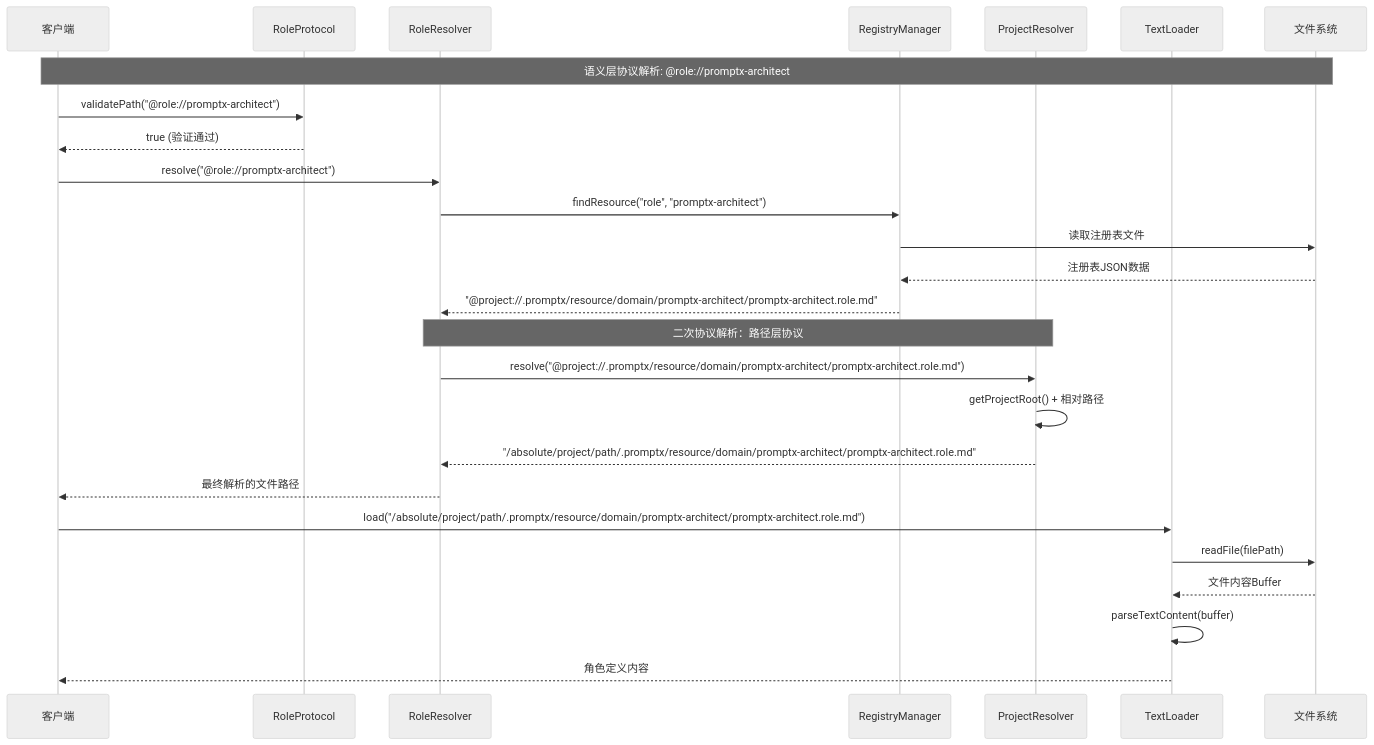
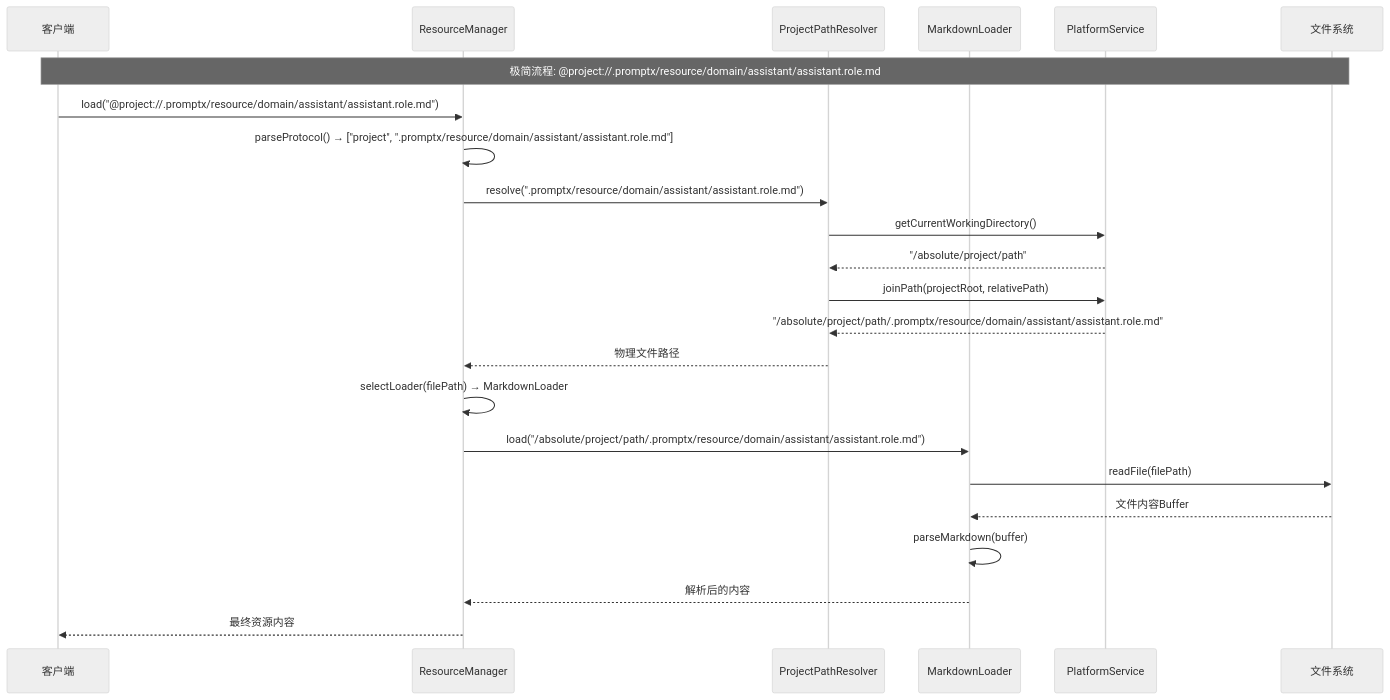
Before and after one commit to yuyuan-cs/PromptX: the second of 2 diagrams in docs/architecture/resource-protocol-system.md, drawn with Mermaid (neutral theme). The commit also changed other lines of this file, not shown here.

````diff
--- a/docs/architecture/resource-protocol-system.md
+++ b/docs/architecture/resource-protocol-system.md
@@ -346,33 +200,31 @@
 ```mermaid
 sequenceDiagram
     participant Client as 客户端
-    participant RP as RoleProtocol
-    participant RR as RoleResolver
-    participant RM as RegistryManager
-    participant PR as ProjectResolver
-    participant TL as TextLoader
+    participant RM as ResourceManager
+    participant PR as ProjectPathResolver
+    participant ML as MarkdownLoader
+    participant PS as PlatformService
     participant FS as 文件系统
     
-    Note over Client, FS: 语义层协议解析: @role://promptx-architect
+    Note over Client, FS: 极简流程: @project://.promptx/resource/domain/assistant/assistant.role.md
     
-    Client->>RP: validatePath("@role://promptx-architect")
-    RP-->>Client: true (验证通过)
+    Client->>RM: load("@project://.promptx/resource/domain/assistant/assistant.role.md")
     
-    Client->>RR: resolve("@role://promptx-architect")
-    RR->>RM: findResource("role", "promptx-architect")
-    RM->>FS: 读取注册表文件
-    FS-->>RM: 注册表JSON数据
-    RM-->>RR: "@project://.promptx/resource/domain/promptx-architect/promptx-architect.role.md"
+    RM->>RM: parseProtocol() → ["project", ".promptx/resource/domain/assistant/assistant.role.md"]
     
-    Note over RR, PR: 二次协议解析：路径层协议
-    RR->>PR: resolve("@project://.promptx/resource/domain/promptx-architect/promptx-architect.role.md")
-    PR->>PR: getProjectRoot() + 相对路径
-    PR-->>RR: "/absolute/project/path/.promptx/resource/domain/promptx-architect/promptx-architect.role.md"
-    RR-->>Client: 最终解析的文件路径
+    RM->>PR: resolve(".promptx/resource/domain/assistant/assistant.role.md")
+    PR->>PS: getCurrentWorkingDirectory()
+    PS-->>PR: "/absolute/project/path"
+    PR->>PS: joinPath(projectRoot, relativePath)
+    PS-->>PR: "/absolute/project/path/.promptx/resource/domain/assistant/assistant.role.md"
+    PR-->>RM: 物理文件路径
     
-    Client->>TL: load("/absolute/project/path/.promptx/resource/domain/promptx-architect/promptx-architect.role.md")
-    TL->>FS: readFile(filePath)
-    FS-->>TL: 文件内容Buffer
-    TL->>TL: parseTextContent(buffer)
-    TL-->>Client: 角色定义内容
+    RM->>RM: selectLoader(filePath) → MarkdownLoader
+    RM->>ML: load("/absolute/project/path/.promptx/resource/domain/assistant/assistant.role.md")
+    ML->>FS: readFile(filePath)
+    FS-->>ML: 文件内容Buffer
+    ML->>ML: parseMarkdown(buffer)
+    ML-->>RM: 解析后的内容
+    
+    RM-->>Client: 最终资源内容
 ```
````
